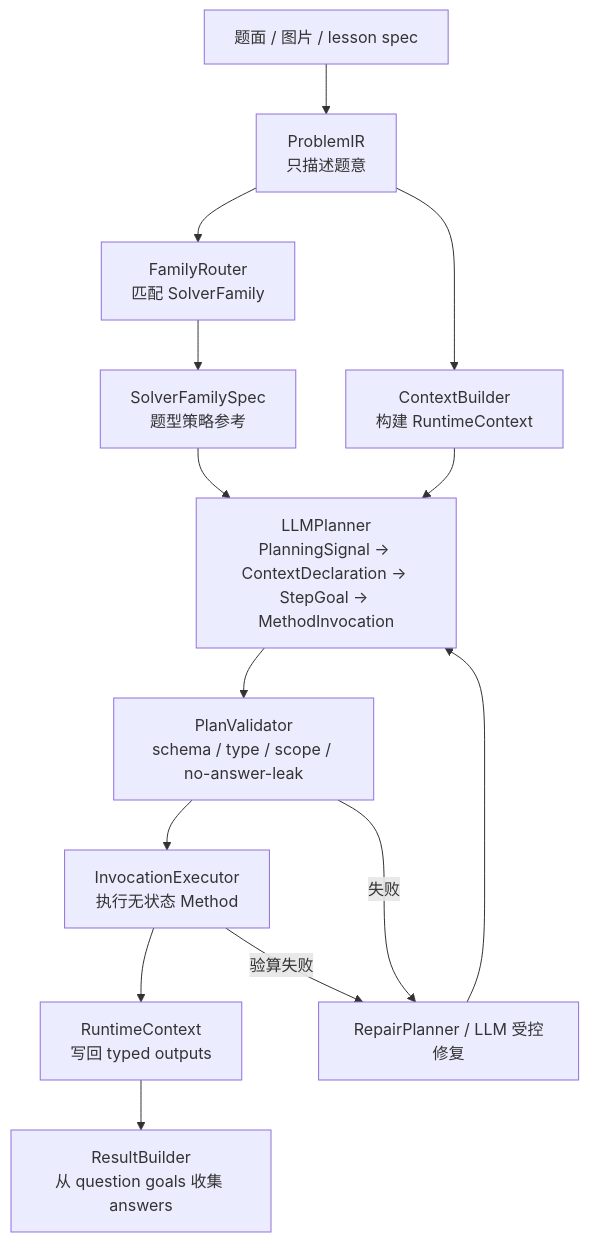
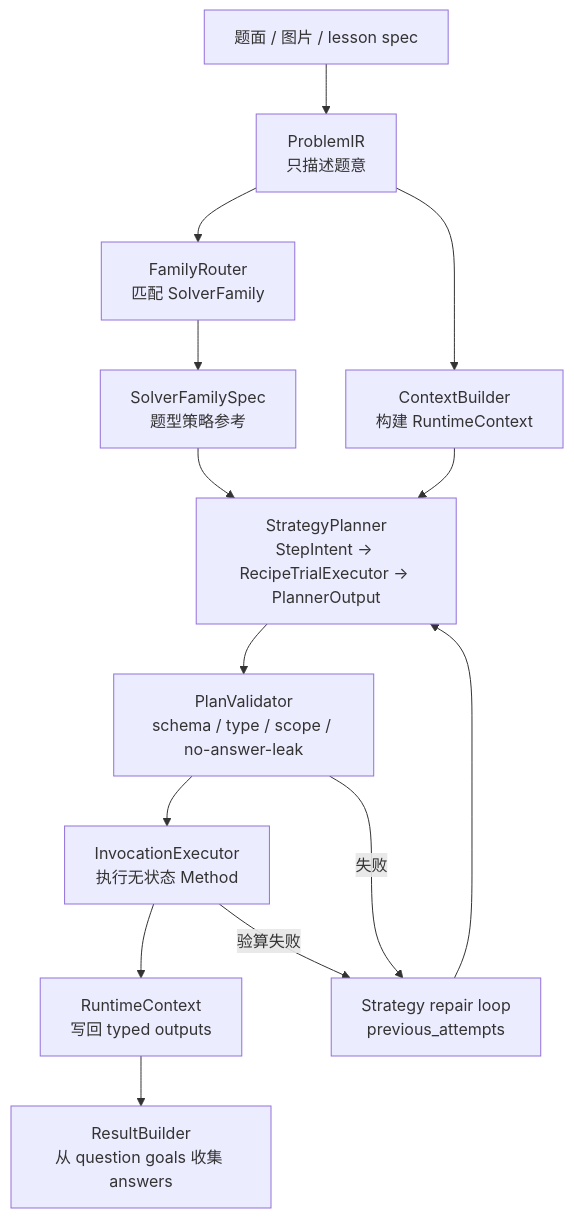
The diagram in docs/method-solver-architecture.md (rongchenxu100/shuxueshuo), drawn with Mermaid before and after one commit. The commit also changed other lines of this file and 65 other files, not shown here.

First line of the commit message:
求解器：Strategy Planner Phase 1 替换旧 LLM step planner

````diff
--- a/docs/method-solver-architecture.md
+++ b/docs/method-solver-architecture.md
@@ -26,16 +27,16 @@
 ```mermaid
 flowchart TD
   A["题面 / 图片 / lesson spec"] --> B["ProblemIR<br/>只描述题意"]
   B --> C["FamilyRouter<br/>匹配 SolverFamily"]
   C --> D["SolverFamilySpec<br/>题型策略参考"]
   B --> E["ContextBuilder<br/>构建 RuntimeContext"]
-  D --> F["LLMPlanner<br/>PlanningSignal -> ContextDeclaration -> StepGoal -> MethodInvocation"]
+  D --> F["StrategyPlanner<br/>StepIntent -> RecipeTrialExecutor -> PlannerOutput"]
   E --> F
   F --> G["PlanValidator<br/>schema / type / scope / no-answer-leak"]
   G --> H["InvocationExecutor<br/>执行无状态 Method"]
   H --> I["RuntimeContext<br/>写回 typed outputs"]
   I --> J["ResultBuilder<br/>从 question goals 收集 answers"]
-  G -- "失败" --> K["RepairPlanner / LLM 受控修复"]
+  G -- "失败" --> K["Strategy repair loop<br/>previous_attempts"]
   H -- "验算失败" --> K
   K --> F
 ```
````
